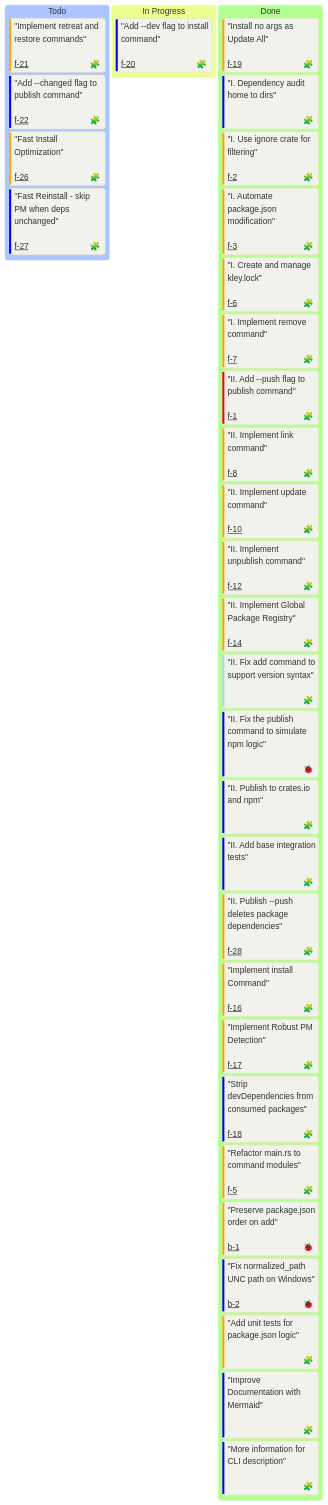
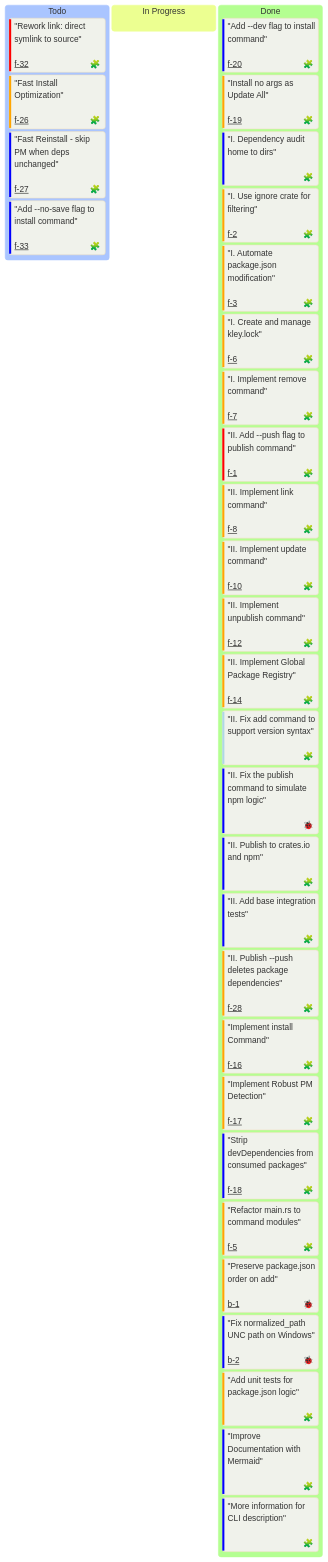
The diagram in docs/milestones/M1-mvp.md (sumbad/kley), drawn with Mermaid before and after one commit. The commit also changed other lines of this file and 5 other files, not shown here.

````diff
--- a/docs/milestones/M1-mvp.md
+++ b/docs/milestones/M1-mvp.md
@@ -17,57 +17,57 @@
 ```mermaid
 ---
 config:
   kanban:
     ticketBaseUrl: 'https://github.com/sumbad/kley/tree/master/docs/tickets/#TICKET#.md'
     
     ### Legend
     # assigned - 🧩 = feat | 🐞 = bug
     # priority - `Very High` = Critical | `High` = High | `Low` = Medium | `Very Low` = Low
     # ticket - used for a ticket file name (tickets/#TICKET#.md)
 ---
 %%{init: {
   'theme': 'base',
   'themeVariables': {
     'darkMode': false,
     'background': '#F0F2EB'
   }
 }}%%
 
 kanban
     Todo
-        "Implement retreat and restore commands"<br/><br/>@{ assigned: 🧩, priority: 'High', ticket: 'f-21' }
-        "Add --changed flag to publish command"<br/><br/>@{ assigned: 🧩, priority: 'Low', ticket: 'f-22' }
+        "Rework link: direct symlink to source"<br/><br/>@{ assigned: 🧩, priority: 'Very High', ticket: 'f-32' }
         "Fast Install Optimization"<br/><br/>@{ assigned: 🧩, priority: 'High', ticket: 'f-26' }
         "Fast Reinstall - skip PM when deps unchanged"<br/><br/>@{ assigned: 🧩, priority: 'Low', ticket: 'f-27' }
+        "Add --no-save flag to install command"<br/><br/>@{ assigned: 🧩, priority: 'Low', ticket: 'f-33' }
 
     In Progress
-        "Add --dev flag to install command"<br/><br/>@{ assigned: 🧩, priority: 'Low', ticket: 'f-20' }
 
     Done
+        "Add --dev flag to install command"<br/><br/>@{ assigned: 🧩, priority: 'Low', ticket: 'f-20' }
         "Install no args as Update All"<br/><br/>@{ assigned: 🧩, priority: 'High', ticket: 'f-19' }
         "I. Dependency audit home to dirs"<br/><br/>@{ assigned: 🧩, priority: 'Low' }
         "I. Use ignore crate for filtering"<br/><br/>@{ assigned: 🧩, priority: 'High', ticket: 'f-2' }
         "I. Automate package.json modification"<br/><br/>@{ assigned: 🧩, priority: 'High', ticket: 'f-3' }
         "I. Create and manage kley.lock"<br/><br/>@{ assigned: 🧩, priority: 'High', ticket: 'f-6' }
         "I. Implement remove command"<br/><br/>@{ assigned: 🧩, priority: 'High', ticket: 'f-7' }
         "II. Add --push flag to publish command"<br/><br/>@{ assigned: 🧩, priority: 'Very High', ticket: 'f-1' }
         "II. Implement link command"<br/><br/>@{ assigned: 🧩, priority: 'High', ticket: 'f-8' }
         "II. Implement update command"<br/><br/>@{ assigned: 🧩, priority: 'High', ticket: 'f-10' }
         "II. Implement unpublish command"<br/><br/>@{ assigned: 🧩, priority: 'High', ticket: 'f-12' }
         "II. Implement Global Package Registry"<br/><br/>@{ assigned: 🧩, priority: 'High', ticket: 'f-14' }
         "II. Fix add command to support version syntax"<br/><br/>@{ assigned: 🧩, priority: 'Very Low' }
         "II. Fix the publish command to simulate npm logic"<br/><br/>@{ assigned: 🐞, priority: 'Low' }
         "II. Publish to crates.io and npm"<br/><br/>@{ assigned: 🧩, priority: 'Low' }
         "II. Add base integration tests"<br/><br/>@{ assigned: 🧩, priority: 'Low' }
         "II. Publish --push deletes package dependencies"<br/><br/>@{ assigned: 🧩, priority: 'High', ticket: 'f-28' }
         "Implement install Command"<br/><br/>@{ assigned: 🧩, priority: 'High', ticket: 'f-16' }
         "Implement Robust PM Detection"<br/><br/>@{ assigned: 🧩, priority: 'High', ticket: 'f-17' }
         "Strip devDependencies from consumed packages"<br/><br/>@{ assigned: 🧩, priority: 'Low', ticket: 'f-18' }
         "Refactor main.rs to command modules"<br/><br/>@{ assigned: 🧩, priority: 'High', ticket: 'f-5' }
         "Preserve package.json order on add"<br/><br/>@{ assigned: 🐞, priority: 'High', ticket: 'b-1' }
         "Fix normalized_path UNC path on Windows"<br/><br/>@{ assigned: 🐞, priority: 'Low', ticket: 'b-2' }
         "Add unit tests for package.json logic"<br/><br/>@{ assigned: 🧩, priority: 'High' }
         "Improve Documentation with Mermaid"<br/><br/>@{ assigned: 🧩, priority: 'Low' }
         "More information for CLI description"<br/><br/>@{ assigned: 🧩, priority: 'Low' }
 
 ```
````
